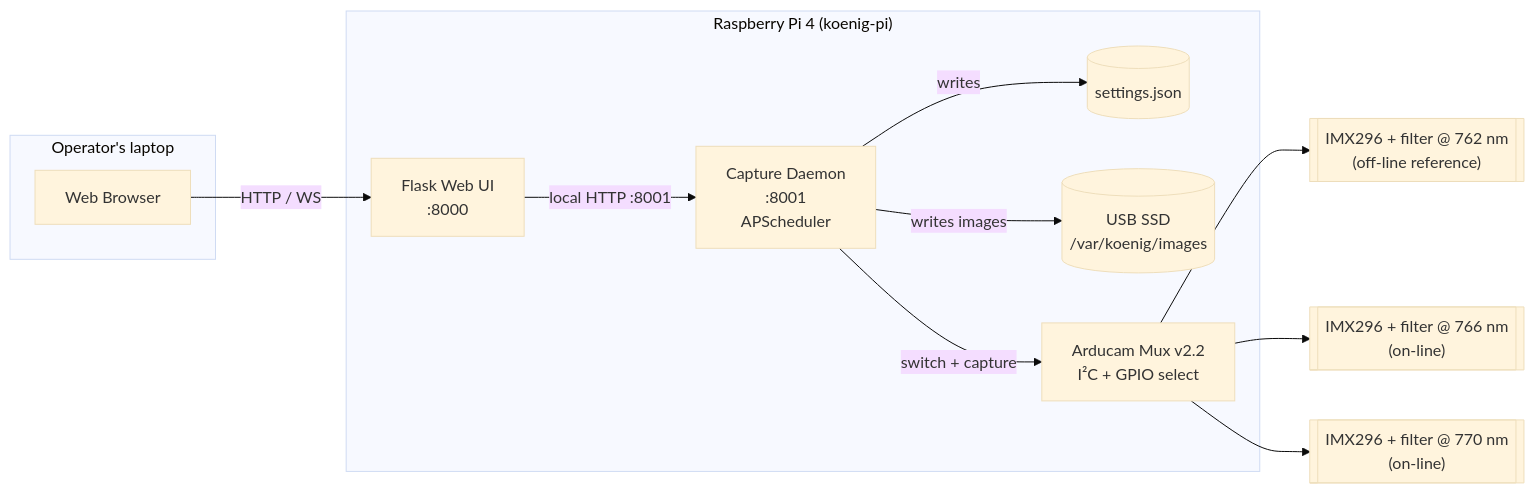
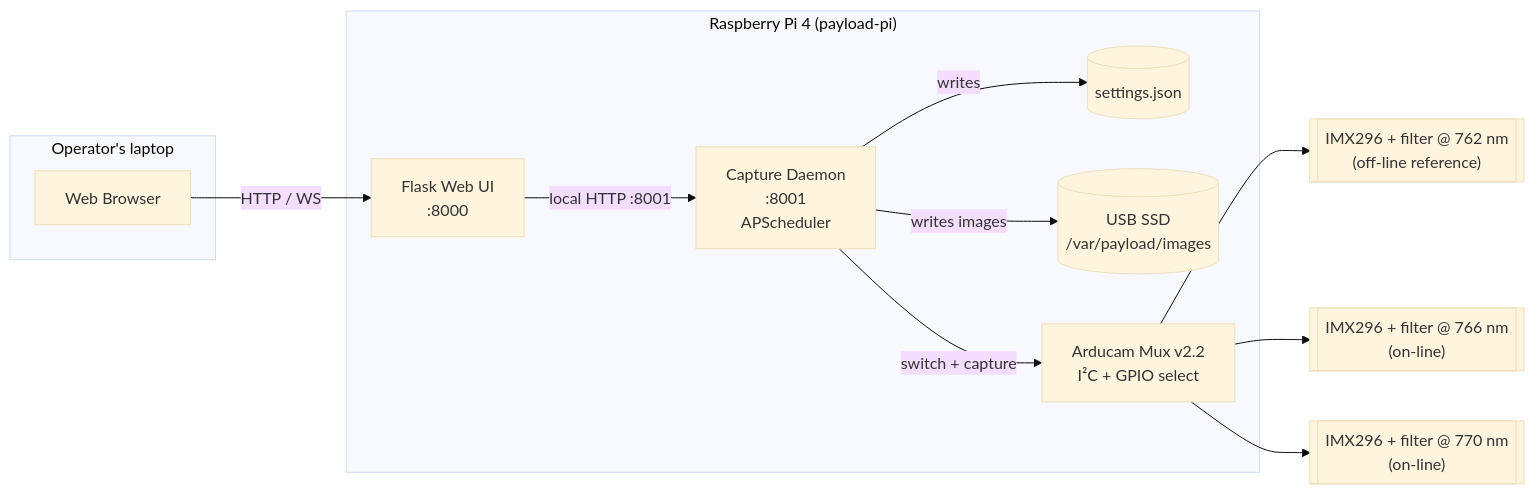
One commit to ngrabbs/koenig_wildfire changed the diagram in docs/architecture.md. Above: the diagram before and after it, drawn with Mermaid (base theme). The commit also changed other lines of this file and 23 other files, not shown here.

````diff
--- a/docs/architecture.md
+++ b/docs/architecture.md
@@ -26,27 +26,27 @@
 ```mermaid
 flowchart LR
   subgraph Laptop["Operator's laptop"]
     Browser[Web Browser]
   end
 
-  subgraph Pi["Raspberry Pi 4 (koenig-pi)"]
+  subgraph Pi["Raspberry Pi 4 (payload-pi)"]
     UI["Flask Web UI<br/>:8000"]
     Daemon["Capture Daemon<br/>:8001<br/>APScheduler"]
     Settings[("settings.json")]
-    Store[("USB SSD<br/>/var/koenig/images")]
+    Store[("USB SSD<br/>/var/payload/images")]
     Mux["Arducam Mux v2.2<br/>I²C + GPIO select"]
   end
 
   Cam0[["IMX296 + filter @ 762 nm<br/>(off-line reference)"]]
   Cam1[["IMX296 + filter @ 766 nm<br/>(on-line)"]]
   Cam2[["IMX296 + filter @ 770 nm<br/>(on-line)"]]
 
   Browser -- "HTTP / WS" --> UI
   UI -- "local HTTP :8001" --> Daemon
   Daemon -- "writes" --> Settings
   Daemon -- "writes images" --> Store
   Daemon -- "switch + capture" --> Mux
   Mux --> Cam0
   Mux --> Cam1
   Mux --> Cam2
 ```
````
